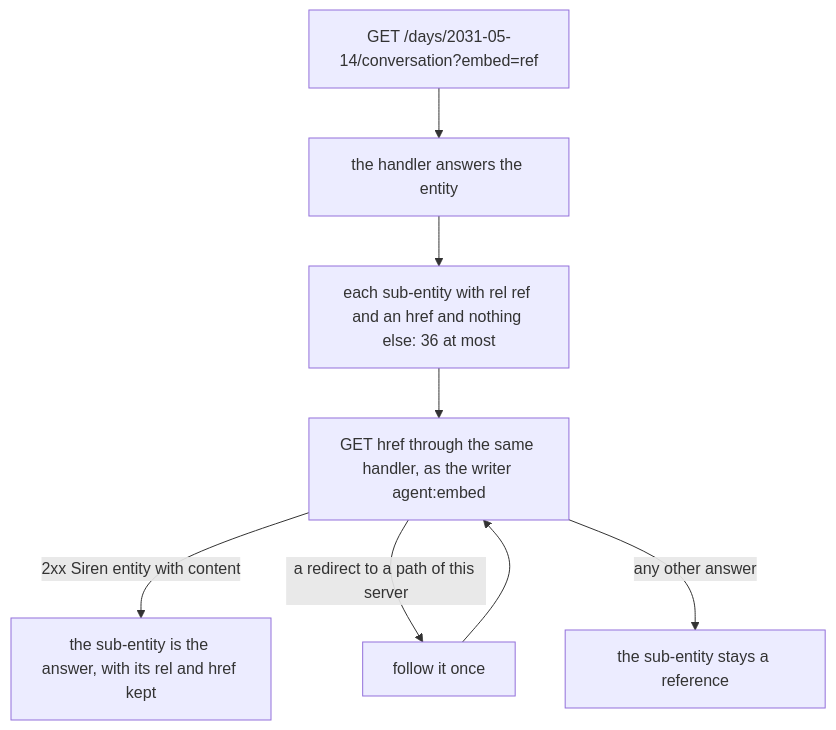
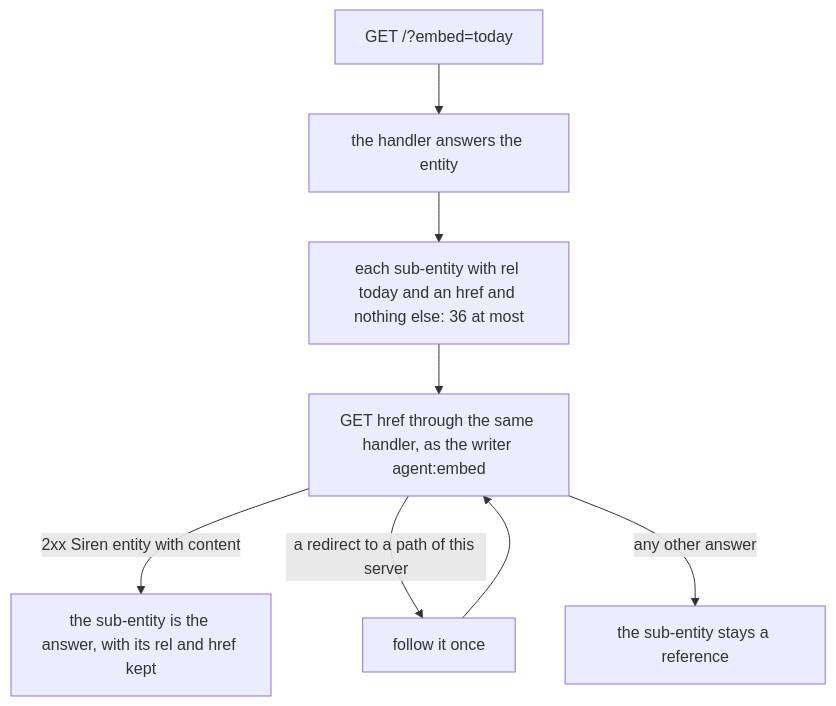
Before and after one commit to alexradunet/aminte: the first of 2 diagrams in API.md, drawn with Mermaid. The commit also changed other lines of this file and 136 other files, not shown here.

````diff
--- a/API.md
+++ b/API.md
@@ -95,10 +94,10 @@
 ```mermaid
 flowchart TD
-  R["GET /days/2031-05-14/conversation?embed=ref"] --> A["the handler answers the entity"]
-  A --> S["each sub-entity with rel ref and an href and nothing else: 36 at most"]
+  R["GET /?embed=today"] --> A["the handler answers the entity"]
+  A --> S["each sub-entity with rel today and an href and nothing else: 36 at most"]
   S --> G["GET href through the same handler, as the writer agent:embed"]
   G -->|"2xx Siren entity with content"| E["the sub-entity is the answer, with its rel and href kept"]
   G -->|"a redirect to a path of this server"| H["follow it once"]
   H --> G
   G -->|"any other answer"| K["the sub-entity stays a reference"]
 ```
````
